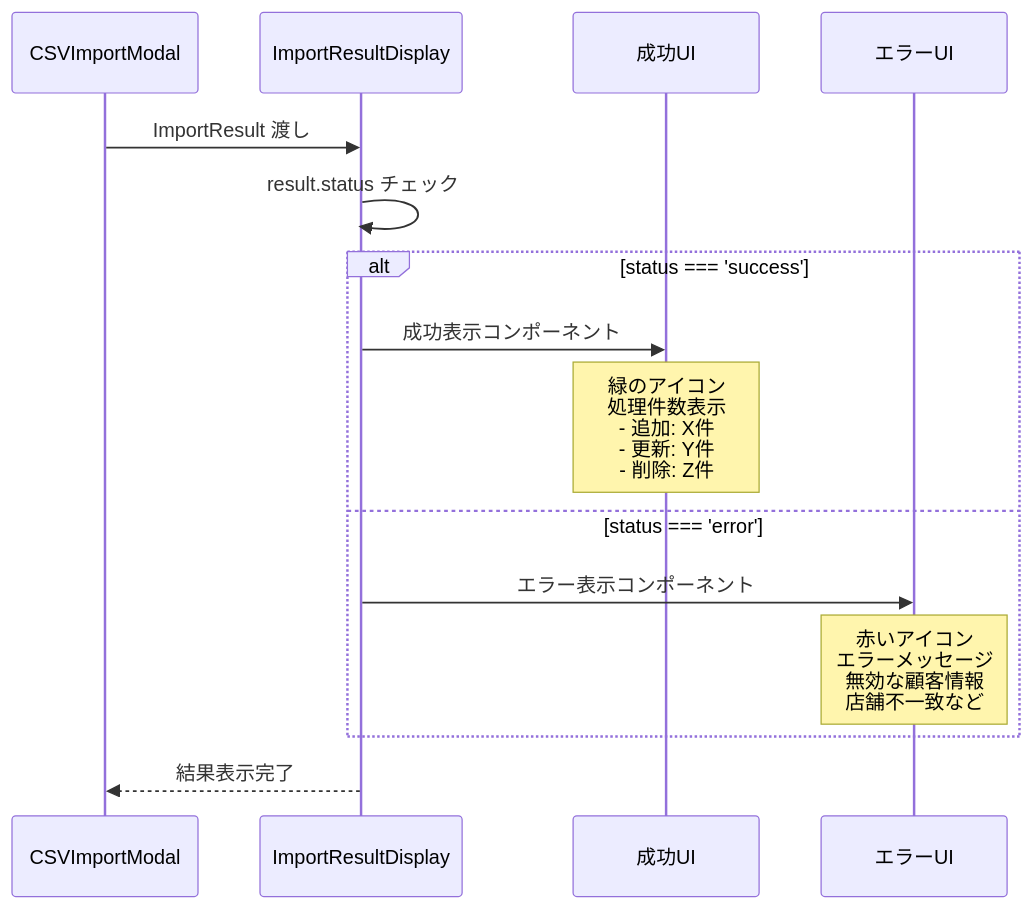
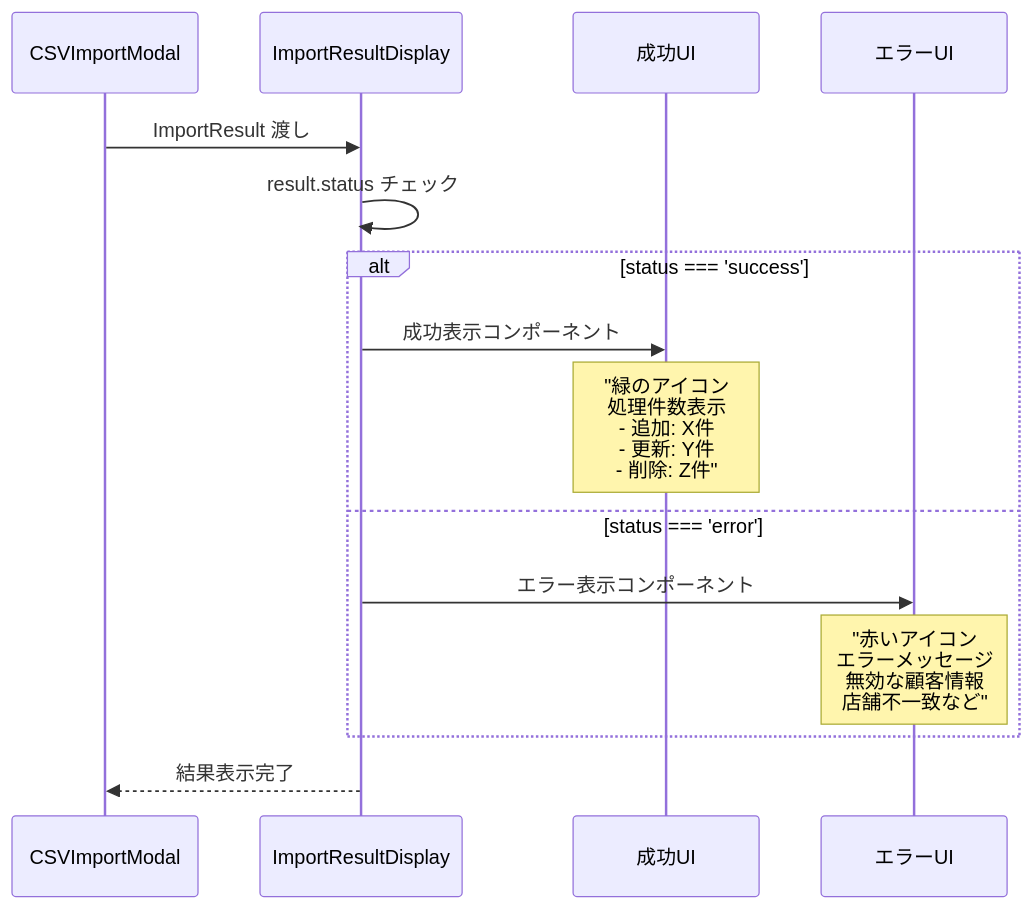
The fifth of 11 diagrams in document/components/sequence/Modal.md (wasabi49/ocs-systemDevelopmentExercises), drawn with Mermaid before and after one commit. The commit also changed other lines of this file and 42 other files, not shown here.

First line of the commit message:
fix: mermaidシーケンス図のNote over文でダブルクォーテーション不足を修正

````diff
--- a/document/components/sequence/Modal.md
+++ b/document/components/sequence/Modal.md
@@ -95,20 +95,20 @@
 ```mermaid
 sequenceDiagram
     participant Modal as CSVImportModal
     participant ResultDisplay as ImportResultDisplay
     participant SuccessUI as 成功UI
     participant ErrorUI as エラーUI
 
     Modal->>ResultDisplay: ImportResult 渡し
     ResultDisplay->>ResultDisplay: result.status チェック
     
     alt status === 'success'
         ResultDisplay->>SuccessUI: 成功表示コンポーネント
-        Note over SuccessUI: 緑のアイコン<br/>処理件数表示<br/>- 追加: X件<br/>- 更新: Y件<br/>- 削除: Z件
+        Note over SuccessUI: "緑のアイコン<br/>処理件数表示<br/>- 追加: X件<br/>- 更新: Y件<br/>- 削除: Z件"
     else status === 'error'
         ResultDisplay->>ErrorUI: エラー表示コンポーネント
-        Note over ErrorUI: 赤いアイコン<br/>エラーメッセージ<br/>無効な顧客情報<br/>店舗不一致など
+        Note over ErrorUI: "赤いアイコン<br/>エラーメッセージ<br/>無効な顧客情報<br/>店舗不一致など"
     end
     
     ResultDisplay-->>Modal: 結果表示完了
 ```
````
